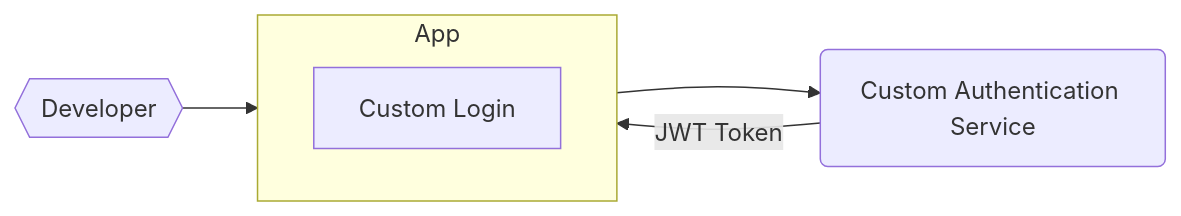
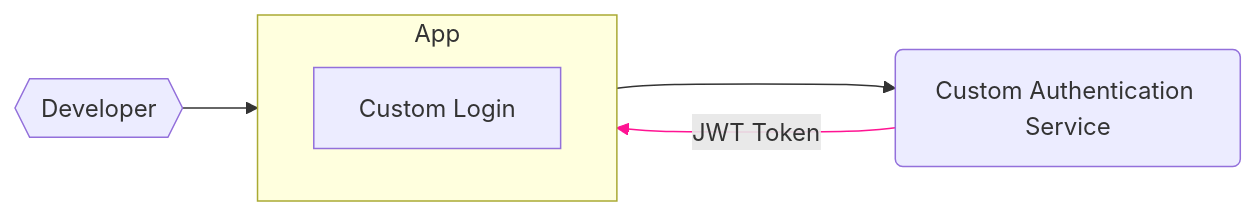
Before and after one commit to shaloo/docs.arcana: the first of 4 diagrams in docs/concepts/authtype/custom-oauth.md, drawn with Mermaid. The commit also changed other lines of this file and 1 other file, not shown here.

Commit message:
Fix: Custom Verifier Issuer Audience mandatory, cleanup diagrams

````diff
--- a/docs/concepts/authtype/custom-oauth.md
+++ b/docs/concepts/authtype/custom-oauth.md
@@ -61,11 +60,12 @@
     ```mermaid
     graph LR
         IAP{{Developer}}
         MMM(Custom Authentication Service)
         subgraph app[App]
         direction LR
         CL[Custom Login]
         end
-        IAP --> CL -->  MMM --JWT Token --> CL
+        IAP --> CL -->  MMM --->|JWT Token| CL
 
+        linkStyle 2 stroke: deeppink;
     ```
````
